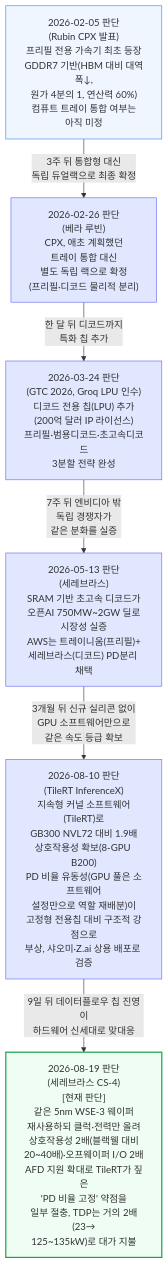
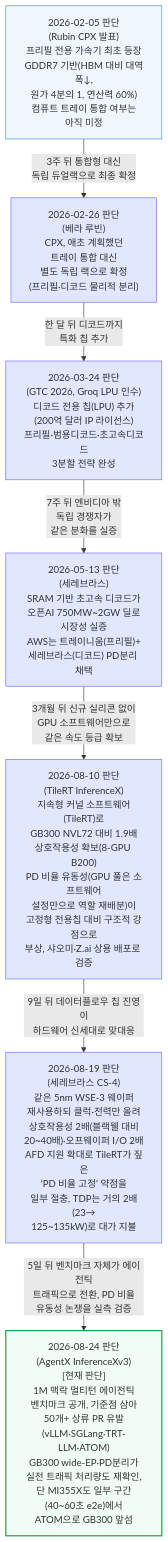
Before and after one commit to yohan4477/semi-report: the third of 5 diagrams in 통합 리포트/카테고리별 통합 리포트/[260711] 컴퓨트 통합 리포트.md, drawn with Mermaid. The commit also changed other lines of this file and 1 other file, not shown here.

Commit message:
docs(통합 보고서): CATEGORIES.md 문서수 갱신, 컴퓨트 리포트에 AgentX InferenceXv3 반영

````diff
--- a/통합 리포트/카테고리별 통합 리포트/[260711] 컴퓨트 통합 리포트.md
+++ b/통합 리포트/카테고리별 통합 리포트/[260711] 컴퓨트 통합 리포트.md
@@ -107,11 +108,12 @@
 ```mermaid
 flowchart TD
-    D2602c["2026-02-05 판단<br/>(Rubin CPX 발표)<br/>프리필 전용 가속기 최초 등장<br/>GDDR7 기반(HBM 대비 대역폭↓,<br/>원가 4분의 1, 연산력 60%)<br/>컴퓨트 트레이 통합 여부는<br/>아직 미정"] -->|"3주 뒤 통합형 대신<br/>독립 듀얼랙으로 최종 확정"| D2602d["2026-02-26 판단<br/>(베라 루빈)<br/>CPX, 애초 계획했던<br/>트레이 통합 대신<br/>별도 독립 랙으로 확정<br/>(프리필·디코드 물리적 분리)"] -->|"한 달 뒤 디코드까지<br/>특화 칩 추가"| D2603b["2026-03-24 판단<br/>(GTC 2026, Groq LPU 인수)<br/>디코드 전용 칩(LPU) 추가<br/>(200억 달러 IP 라이선스)<br/>프리필·범용디코드·초고속디코드<br/>3분할 전략 완성"] -->|"7주 뒤 엔비디아 밖<br/>독립 경쟁자가<br/>같은 분화를 실증"| D2605["2026-05-13 판단<br/>(세레브라스)<br/>SRAM 기반 초고속 디코드가<br/>오픈AI 750MW~2GW 딜로<br/>시장성 실증<br/>AWS는 트레이니움(프리필)+<br/>세레브라스(디코드) PD분리 채택"] -->|"3개월 뒤 신규 실리콘 없이<br/>GPU 소프트웨어만으로<br/>같은 속도 등급 확보"| D2608["2026-08-10 판단<br/>(TileRT InferenceX)<br/>지속형 커널 소프트웨어(TileRT)로<br/>GB300 NVL72 대비 1.9배<br/>상호작용성 확보(8-GPU B200)<br/>PD 비율 유동성(GPU 풀은 소프트웨어<br/>설정만으로 역할 재배분)이<br/>고정형 전용칩 대비 구조적 강점으로<br/>부상, 샤오미·Z.ai 상용 배포로 검증"] -->|"9일 뒤 데이터플로우 칩 진영이<br/>하드웨어 신세대로 맞대응"| D2608b["2026-08-19 판단<br/>(세레브라스 CS-4)<br/>[현재 판단]<br/>같은 5nm WSE-3 웨이퍼<br/>재사용하되 클럭·전력만 올려<br/>상호작용성 2배(블랙웰 대비<br/>20~40배)·오프웨이퍼 I/O 2배<br/>AFD 지원 확대로 TileRT가 짚은<br/>'PD 비율 고정' 약점을<br/>일부 절충, TDP는 거의 2배(23→<br/>125~135kW)로 대가 지불"]
+    D2602c["2026-02-05 판단<br/>(Rubin CPX 발표)<br/>프리필 전용 가속기 최초 등장<br/>GDDR7 기반(HBM 대비 대역폭↓,<br/>원가 4분의 1, 연산력 60%)<br/>컴퓨트 트레이 통합 여부는<br/>아직 미정"] -->|"3주 뒤 통합형 대신<br/>독립 듀얼랙으로 최종 확정"| D2602d["2026-02-26 판단<br/>(베라 루빈)<br/>CPX, 애초 계획했던<br/>트레이 통합 대신<br/>별도 독립 랙으로 확정<br/>(프리필·디코드 물리적 분리)"] -->|"한 달 뒤 디코드까지<br/>특화 칩 추가"| D2603b["2026-03-24 판단<br/>(GTC 2026, Groq LPU 인수)<br/>디코드 전용 칩(LPU) 추가<br/>(200억 달러 IP 라이선스)<br/>프리필·범용디코드·초고속디코드<br/>3분할 전략 완성"] -->|"7주 뒤 엔비디아 밖<br/>독립 경쟁자가<br/>같은 분화를 실증"| D2605["2026-05-13 판단<br/>(세레브라스)<br/>SRAM 기반 초고속 디코드가<br/>오픈AI 750MW~2GW 딜로<br/>시장성 실증<br/>AWS는 트레이니움(프리필)+<br/>세레브라스(디코드) PD분리 채택"] -->|"3개월 뒤 신규 실리콘 없이<br/>GPU 소프트웨어만으로<br/>같은 속도 등급 확보"| D2608["2026-08-10 판단<br/>(TileRT InferenceX)<br/>지속형 커널 소프트웨어(TileRT)로<br/>GB300 NVL72 대비 1.9배<br/>상호작용성 확보(8-GPU B200)<br/>PD 비율 유동성(GPU 풀은 소프트웨어<br/>설정만으로 역할 재배분)이<br/>고정형 전용칩 대비 구조적 강점으로<br/>부상, 샤오미·Z.ai 상용 배포로 검증"] -->|"9일 뒤 데이터플로우 칩 진영이<br/>하드웨어 신세대로 맞대응"| D2608b["2026-08-19 판단<br/>(세레브라스 CS-4)<br/>같은 5nm WSE-3 웨이퍼<br/>재사용하되 클럭·전력만 올려<br/>상호작용성 2배(블랙웰 대비<br/>20~40배)·오프웨이퍼 I/O 2배<br/>AFD 지원 확대로 TileRT가 짚은<br/>'PD 비율 고정' 약점을<br/>일부 절충, TDP는 거의 2배(23→<br/>125~135kW)로 대가 지불"] -->|"5일 뒤 벤치마크 자체가 에이전틱<br/>트래픽으로 전환, PD 비율<br/>유동성 논쟁을 실측 검증"| D2608c["2026-08-24 판단<br/>(AgentX InferenceXv3)<br/>[현재 판단]<br/>1M 맥락 멀티턴 에이전틱<br/>벤치마크 공개, 기준점 삼아<br/>50개+ 상류 PR 유발<br/>(vLLM·SGLang·TRT-LLM·ATOM)<br/>GB300 wide-EP·PD분리가<br/>실전 트래픽 처리량도 재확인,<br/>단 MI355X도 일부 구간<br/>(40~60초 e2e)에서<br/>ATOM으로 GB300 앞섬"]
 
     style D2602c fill:#eff6ff,stroke:#3b82f6
     style D2602d fill:#e0e7ff,stroke:#6366f1
     style D2603b fill:#e0e7ff,stroke:#6366f1
     style D2605 fill:#e0e7ff,stroke:#6366f1
     style D2608 fill:#e0e7ff,stroke:#6366f1
-    style D2608b fill:#f0fdf4,stroke:#16a34a,stroke-width:2px
+    style D2608b fill:#e0e7ff,stroke:#6366f1
+    style D2608c fill:#f0fdf4,stroke:#16a34a,stroke-width:2px
 ```
````
